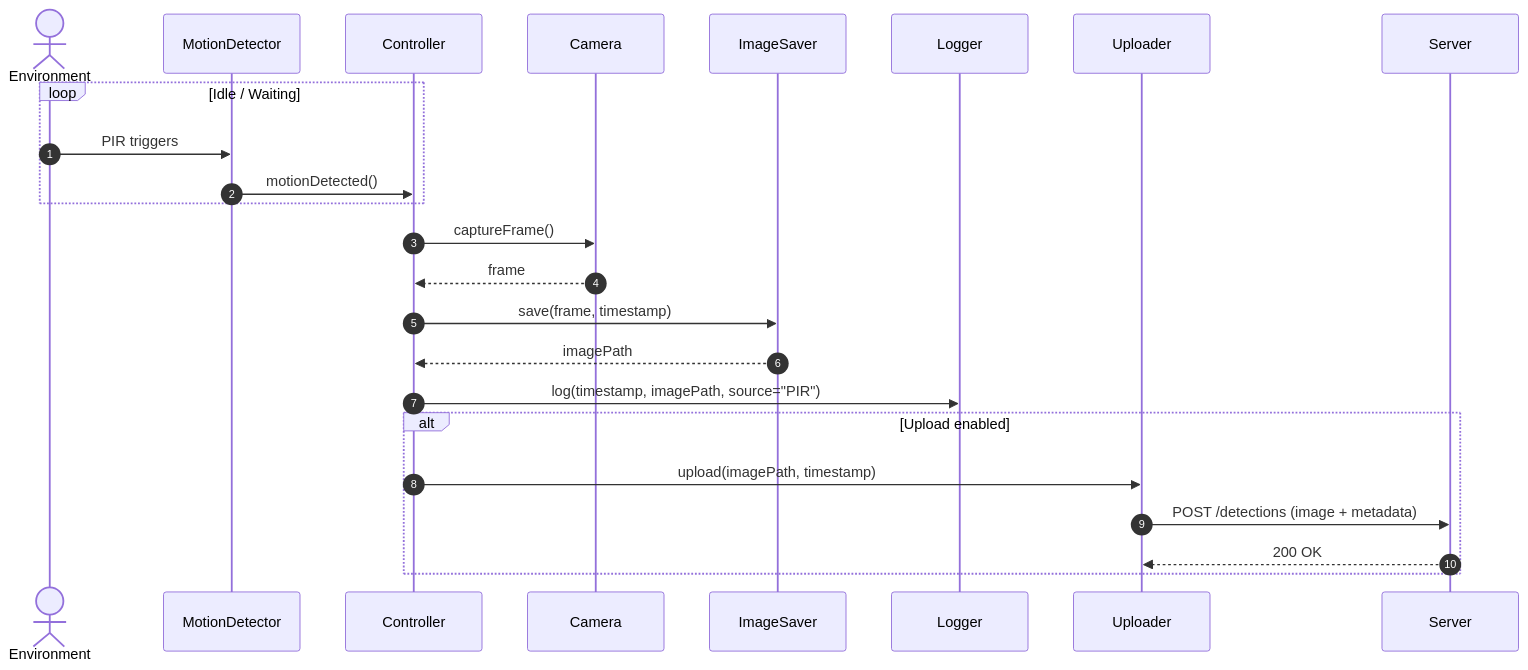
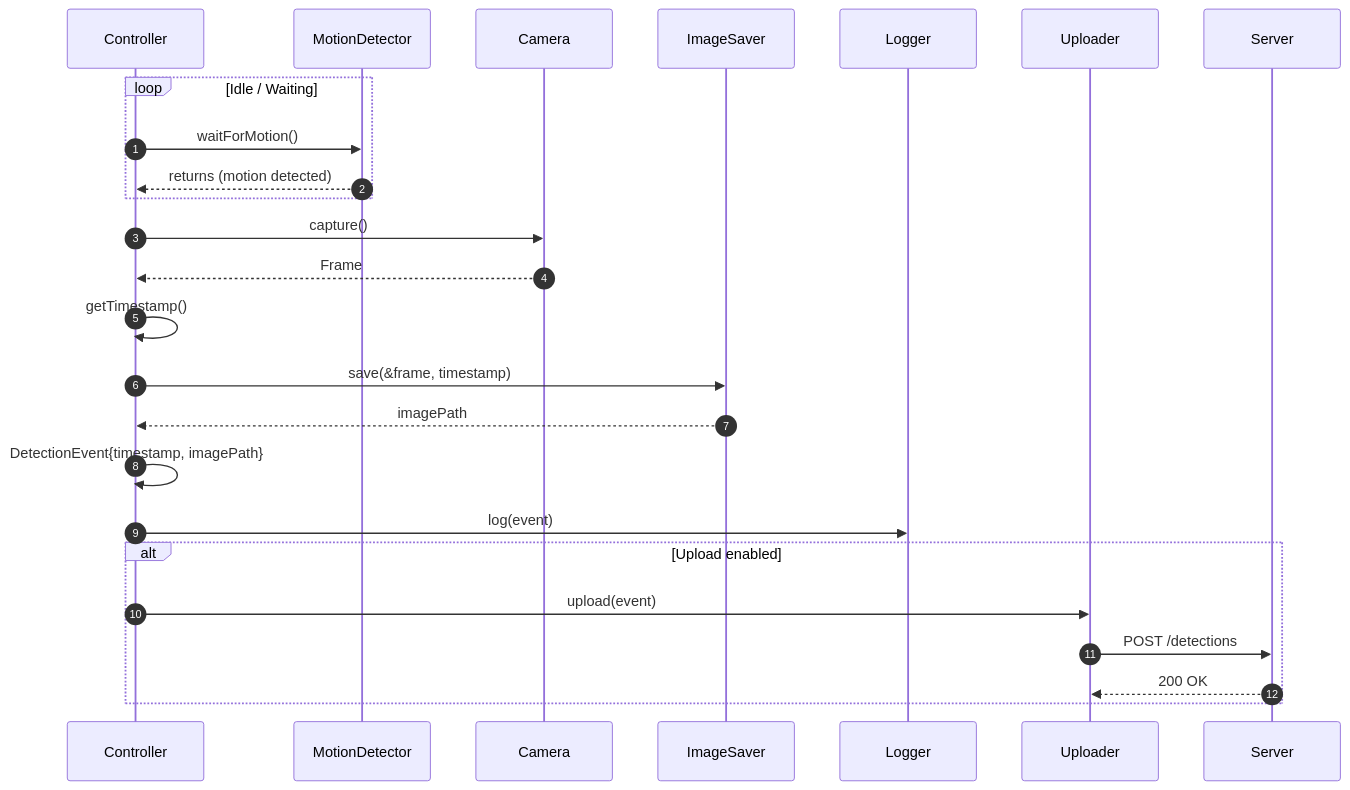
The second of 2 diagrams in design.md (tfilewic/birdcam), drawn with Mermaid before and after one commit. The commit also changed other lines of this file, not shown here.

````diff
--- a/design.md
+++ b/design.md
@@ -26,33 +38,36 @@
 ```mermaid
 sequenceDiagram
     autonumber
 
-    actor Environment
-
+    participant Controller
     participant MotionDetector
-    participant Controller
     participant Camera
     participant ImageSaver
     participant Logger
     participant Uploader
     participant Server
 
     loop Idle / Waiting
-        Environment ->> MotionDetector: PIR triggers
-        MotionDetector ->> Controller: motionDetected()
+        Controller ->> MotionDetector: waitForMotion()
+        MotionDetector -->> Controller: returns (motion detected)
     end
 
-    Controller ->> Camera: captureFrame()
-    Camera -->> Controller: frame
+    Controller ->> Camera: capture()
+    Camera -->> Controller: Frame
 
-    Controller ->> ImageSaver: save(frame, timestamp)
+    Controller ->> Controller: getTimestamp()
+
+    Controller ->> ImageSaver: save(&frame, timestamp)
     ImageSaver -->> Controller: imagePath
 
-    Controller ->> Logger: log(timestamp, imagePath, source="PIR")
+    Controller ->> Controller: DetectionEvent{timestamp, imagePath}
+
+    Controller ->> Logger: log(event)
 
     alt Upload enabled
-        Controller ->> Uploader: upload(imagePath, timestamp)
-        Uploader ->> Server: POST /detections (image + metadata)
+        Controller ->> Uploader: upload(event)
+        Uploader ->> Server: POST /detections
         Server -->> Uploader: 200 OK
     end
+
 ```
````
